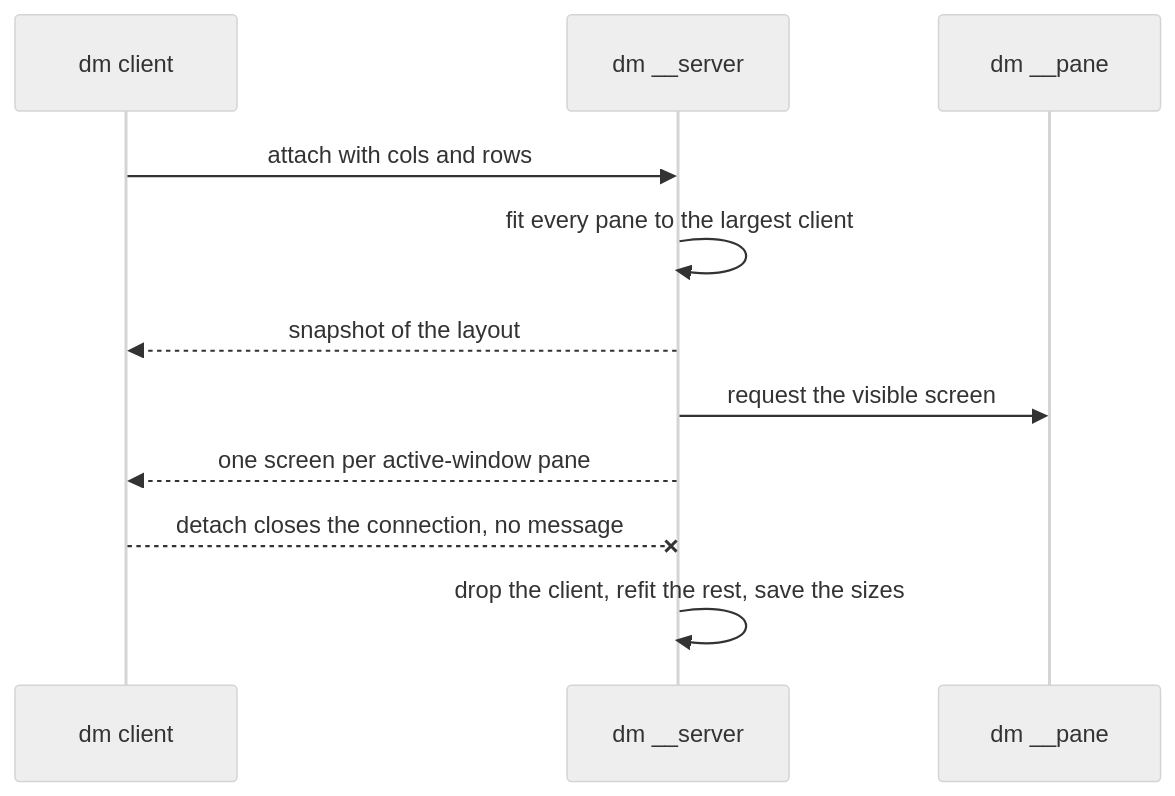
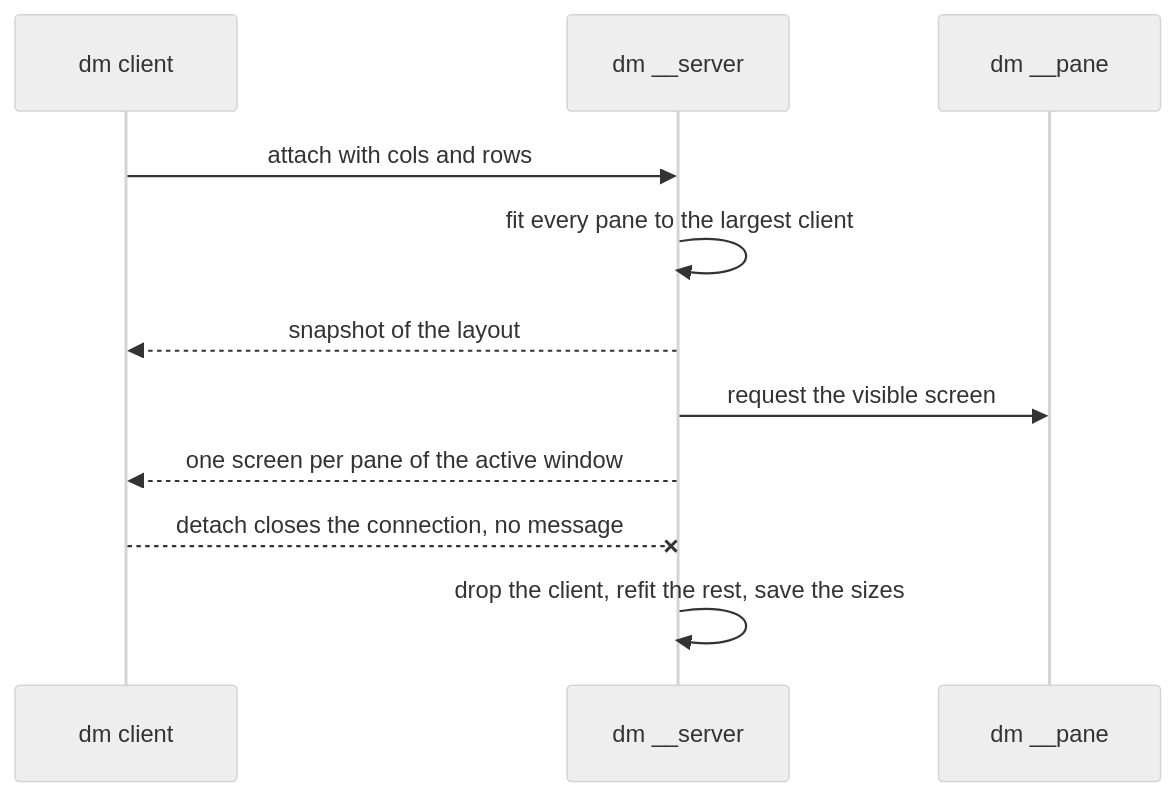
The second of 2 diagrams in docs/internals/02-lifecycle.md (ladydascalie/dm), drawn with Mermaid (neutral theme) before and after one commit. The commit also changed other lines of this file and 13 other files, not shown here.

````diff
--- a/docs/internals/02-lifecycle.md
+++ b/docs/internals/02-lifecycle.md
@@ -76,13 +87,13 @@
 ```mermaid
 sequenceDiagram
     participant C as dm client
     participant S as dm __server
     participant P as dm __pane
     C->>S: attach with cols and rows
     S->>S: fit every pane to the largest client
     S-->>C: snapshot of the layout
     S->>P: request the visible screen
-    S-->>C: one screen per active-window pane
+    S-->>C: one screen per pane of the active window
     C--xS: detach closes the connection, no message
     S->>S: drop the client, refit the rest, save the sizes
 ```
````
